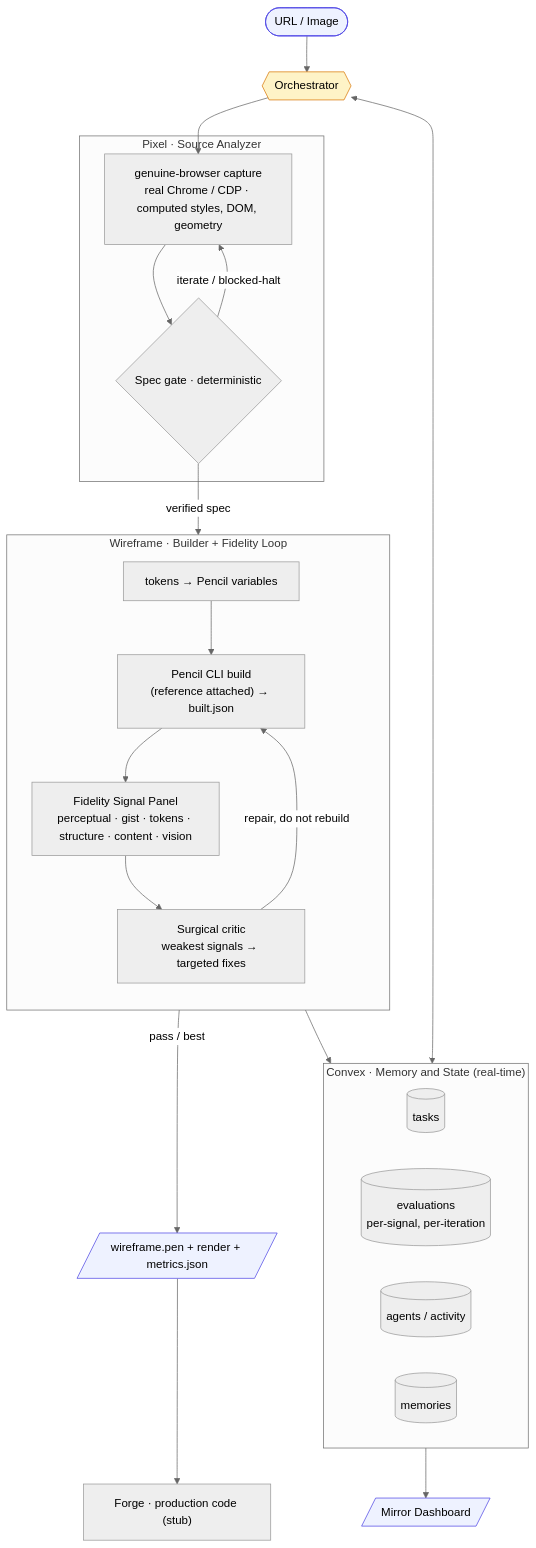
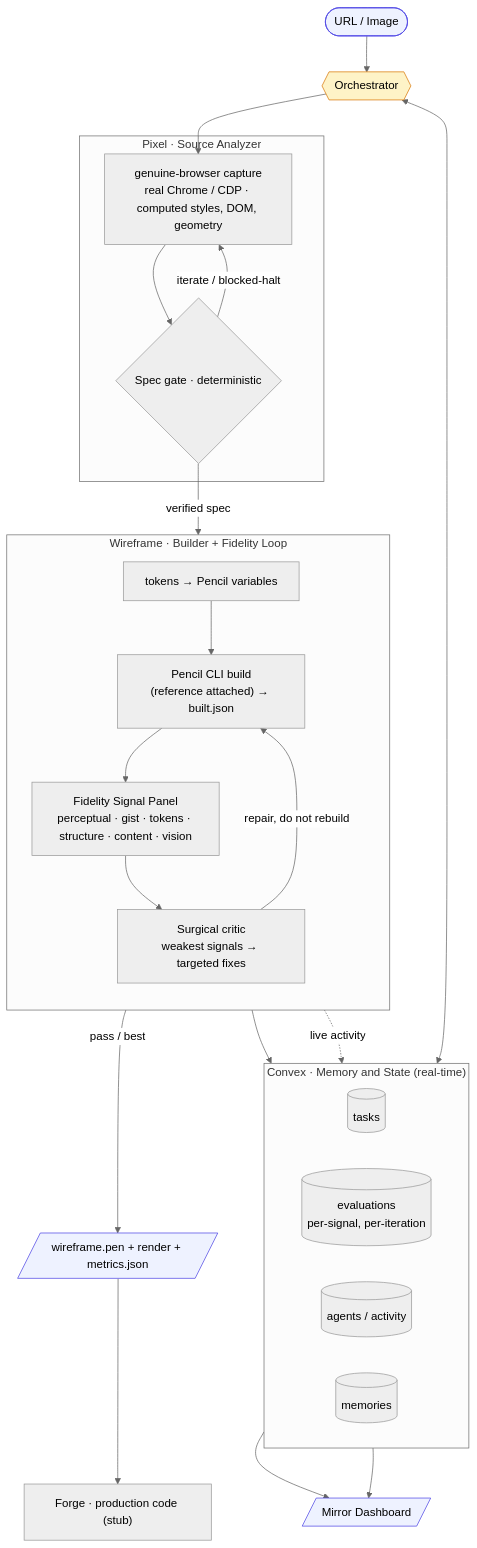
The diagram in README.md (0xtigerclaw/war_loops), drawn with Mermaid (neutral theme) before and after one commit. The commit also changed other lines of this file, not shown here.

Commit message:
docs: correct structure-signal description; add docs files to layout; connect activity node

````diff
--- a/README.md
+++ b/README.md
@@ -15,45 +15,47 @@
 ```mermaid
 flowchart TB
     SRC(["URL / Image"]):::io
     ORCH{{"Orchestrator"}}:::orch
 
     subgraph S1["Pixel · Source Analyzer"]
       EX["genuine-browser capture<br/>real Chrome / CDP · computed styles, DOM, geometry"]
       SE{"Spec gate · deterministic"}
       EX --> SE
       SE -->|"iterate / blocked-halt"| EX
     end
 
     subgraph S2["Wireframe · Builder + Fidelity Loop"]
       direction TB
       VARS["tokens → Pencil variables"]
       BUILD["Pencil CLI build<br/>(reference attached) → built.json"]
       PANEL["Fidelity Signal Panel<br/>perceptual · gist · tokens · structure · content · vision"]
       CRITIC["Surgical critic<br/>weakest signals → targeted fixes"]
       VARS --> BUILD --> PANEL --> CRITIC
       CRITIC -->|"repair, do not rebuild"| BUILD
     end
 
     FORGE["Forge · production code (stub)"]
     OUT[/"wireframe.pen + render + metrics.json"/]:::io
 
     SRC --> ORCH
     ORCH --> EX
     SE -->|"verified spec"| VARS
     PANEL -->|"pass / best"| OUT
     OUT --> FORGE
 
     subgraph CVX["Convex · Memory and State (real-time)"]
       direction LR
       T[("tasks")]
       EV[("evaluations<br/>per-signal, per-iteration")]
       AC[("agents / activity")]
       MEM[("memories")]
     end
     ORCH <--> T
     PANEL --> EV
+    S2 -.->|"live activity"| AC
     EV --> UI[/"Mirror Dashboard"/]:::io
+    AC --> UI
 
     classDef io fill:#eef2ff,stroke:#4f46e5;
     classDef orch fill:#fef3c7,stroke:#d97706;
 ```
````
